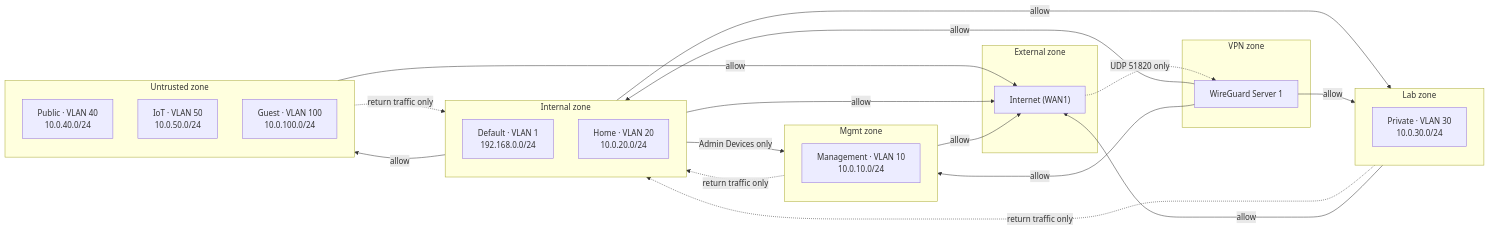
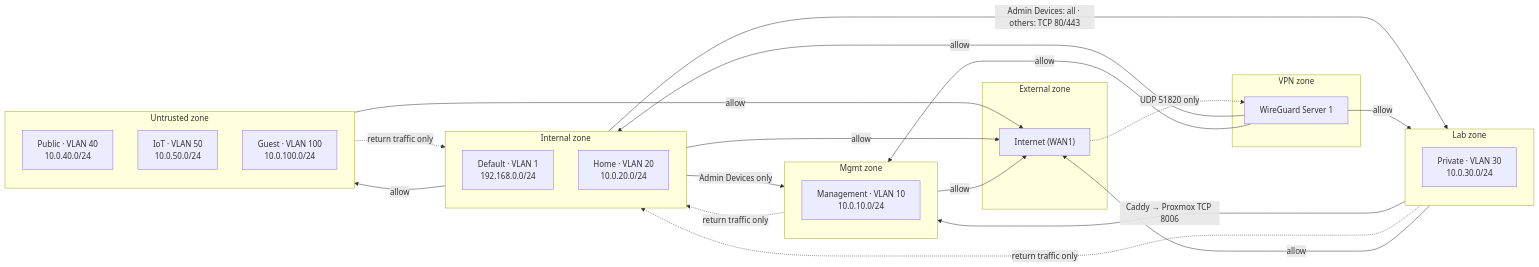
Before and after one commit to shaaz-f/home-server: the second of 2 diagrams in README.md, drawn with Mermaid. The commit also changed 4 other files, not shown here.

Commit message:
Document Lab web-only access and Caddy to Proxmox route

````diff
--- a/README.md
+++ b/README.md
@@ -52,39 +52,40 @@
 ```mermaid
 flowchart LR
     subgraph EXT["External zone"]
         WAN["Internet (WAN1)"]
     end
     subgraph INT["Internal zone"]
         DEF["Default · VLAN 1<br/>192.168.0.0/24"]
         HOME["Home · VLAN 20<br/>10.0.20.0/24"]
     end
     subgraph MGZ["Mgmt zone"]
         MGMT["Management · VLAN 10<br/>10.0.10.0/24"]
     end
     subgraph LABZ["Lab zone"]
         PRIV["Private · VLAN 30<br/>10.0.30.0/24"]
     end
     subgraph UNT["Untrusted zone"]
         PUB["Public · VLAN 40<br/>10.0.40.0/24"]
         IOT["IoT · VLAN 50<br/>10.0.50.0/24"]
         GST["Guest · VLAN 100<br/>10.0.100.0/24"]
     end
     subgraph VPNZ["VPN zone"]
         WG["WireGuard Server 1"]
     end
 
     INT -- "Admin Devices only" --> MGZ
-    INT -- "allow" --> LABZ
+    INT -- "Admin Devices: all · others: TCP 80/443" --> LABZ
+    LABZ -- "Caddy → Proxmox TCP 8006" --> MGZ
     INT -- "allow" --> UNT
     MGZ -. "return traffic only" .-> INT
     LABZ -. "return traffic only" .-> INT
     UNT -. "return traffic only" .-> INT
     UNT -- "allow" --> WAN
     INT -- "allow" --> WAN
     MGZ -- "allow" --> WAN
     LABZ -- "allow" --> WAN
     WG -- "allow" --> INT
     WG -- "allow" --> MGZ
     WG -- "allow" --> LABZ
     WAN -. "UDP 51820 only" .-> WG
 ```
````
